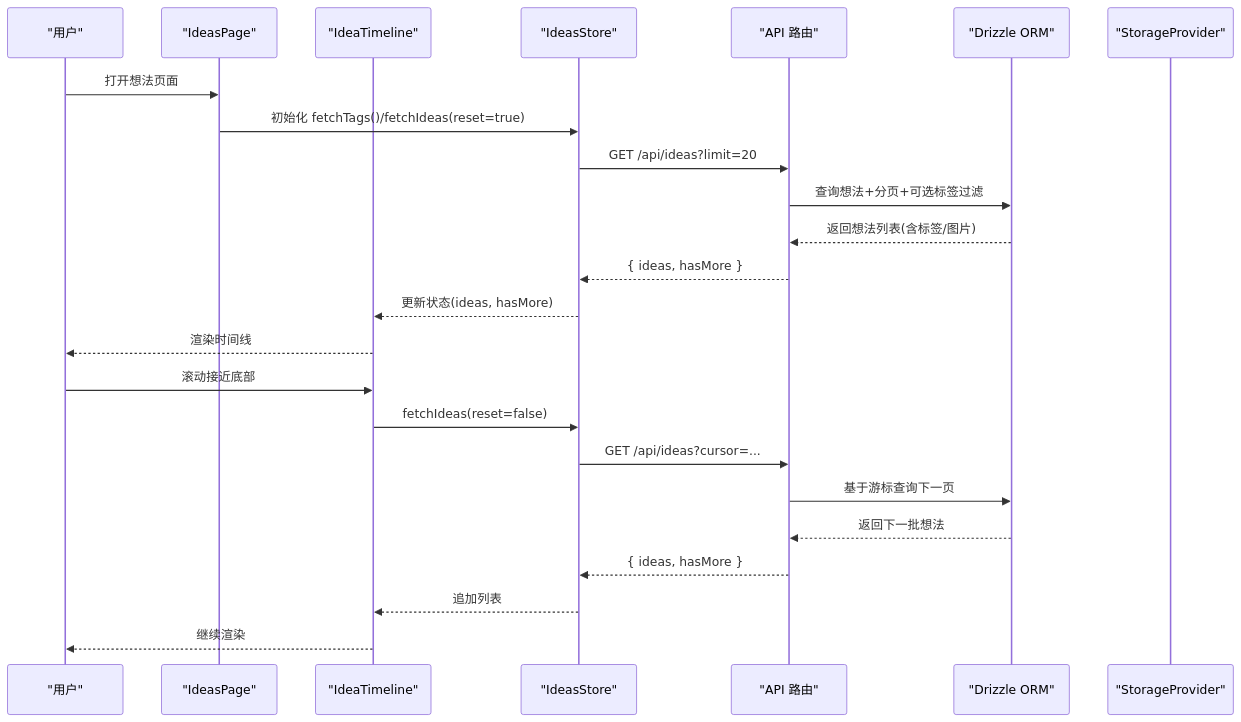
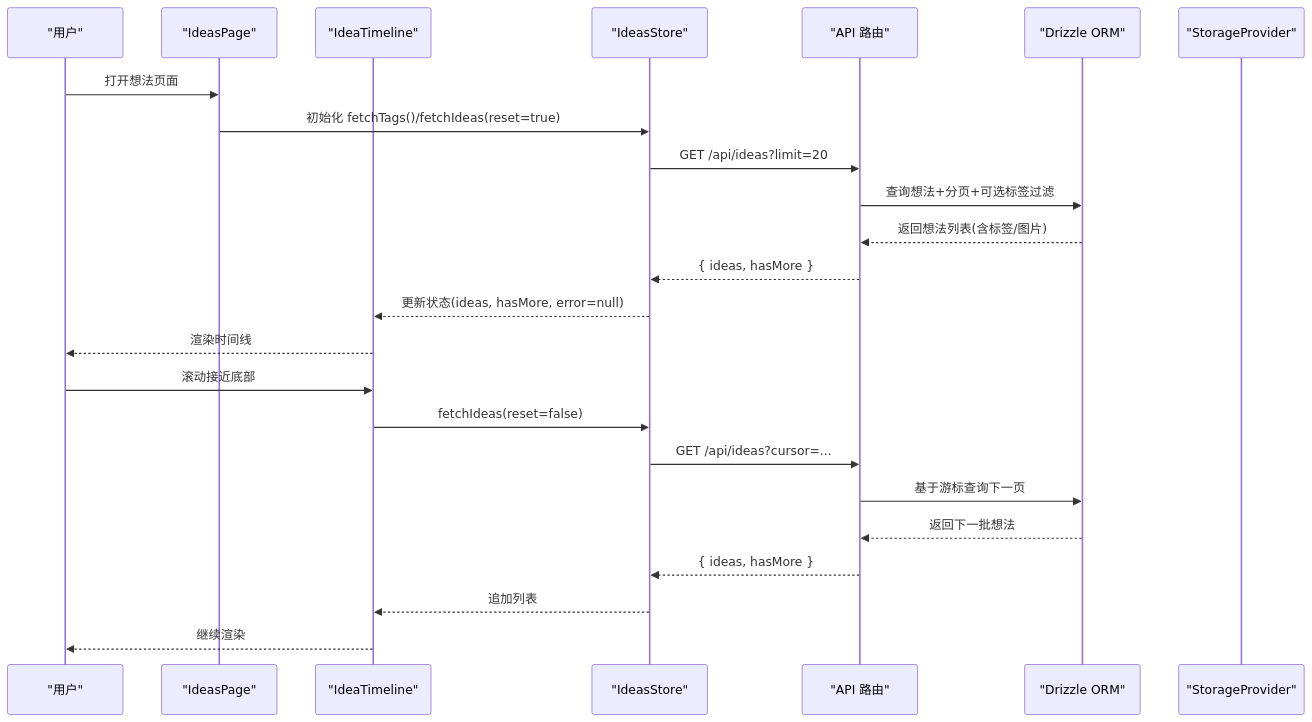
Before and after one commit to BlackBoxRecorder/uninote: the second of 10 diagrams in .qoder/repowiki/zh/content/状态管理/想法状态.md, drawn with Mermaid. The commit also changed other lines of this file and 9 other files, not shown here.

````diff
--- a/.qoder/repowiki/zh/content/状态管理/想法状态.md
+++ b/.qoder/repowiki/zh/content/状态管理/想法状态.md
@@ -149,26 +161,26 @@
 ```mermaid
 sequenceDiagram
 participant U as "用户"
 participant Page as "IdeasPage"
 participant TL as "IdeaTimeline"
 participant Store as "IdeasStore"
 participant API as "API 路由"
 participant DB as "Drizzle ORM"
 participant ST as "StorageProvider"
 U->>Page : 打开想法页面
 Page->>Store : 初始化 fetchTags()/fetchIdeas(reset=true)
 Store->>API : GET /api/ideas?limit=20
 API->>DB : 查询想法+分页+可选标签过滤
 DB-->>API : 返回想法列表(含标签/图片)
 API-->>Store : { ideas, hasMore }
-Store-->>TL : 更新状态(ideas, hasMore)
+Store-->>TL : 更新状态(ideas, hasMore, error=null)
 TL-->>U : 渲染时间线
 U->>TL : 滚动接近底部
 TL->>Store : fetchIdeas(reset=false)
 Store->>API : GET /api/ideas?cursor=...
 API->>DB : 基于游标查询下一页
 DB-->>API : 返回下一批想法
 API-->>Store : { ideas, hasMore }
 Store-->>TL : 追加列表
 TL-->>U : 继续渲染
 ```
````
